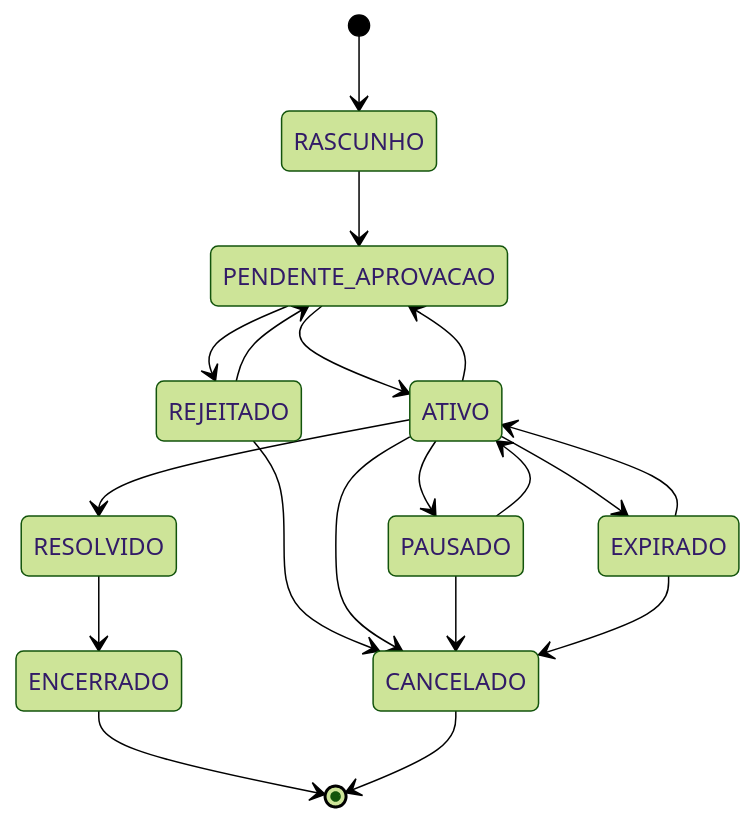
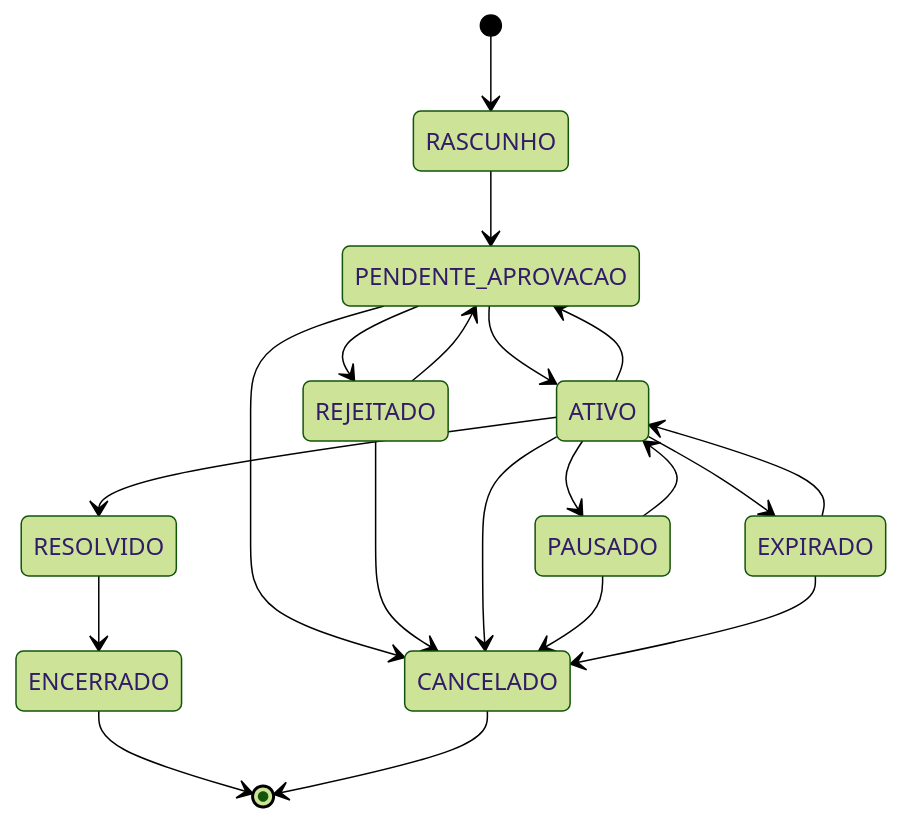
Before and after one commit to RuanParreira/maispatinhas-tcc: the diagram in docs/Mais Patinhas/02-Modelagem/Fluxo Status de Anuncio.md, drawn with Mermaid (forest theme). The commit also changed other lines of this file and 6 other files, not shown here.

````diff
--- a/docs/Mais Patinhas/02-Modelagem/Fluxo Status de Anuncio.md
+++ b/docs/Mais Patinhas/02-Modelagem/Fluxo Status de Anuncio.md
@@ -7,21 +7,22 @@
 ```mermaid
 stateDiagram-v2
     [*] --> RASCUNHO
     RASCUNHO --> PENDENTE_APROVACAO
     PENDENTE_APROVACAO --> REJEITADO
     PENDENTE_APROVACAO --> ATIVO
+    PENDENTE_APROVACAO --> CANCELADO
     REJEITADO --> PENDENTE_APROVACAO
     REJEITADO --> CANCELADO
     ATIVO --> PENDENTE_APROVACAO
     ATIVO --> PAUSADO
     PAUSADO --> ATIVO
     ATIVO --> EXPIRADO
     EXPIRADO --> ATIVO
     ATIVO --> RESOLVIDO
     ATIVO --> CANCELADO
     PAUSADO --> CANCELADO
     EXPIRADO --> CANCELADO
     RESOLVIDO --> ENCERRADO
     ENCERRADO --> [*]
     CANCELADO --> [*]
 ```
````
